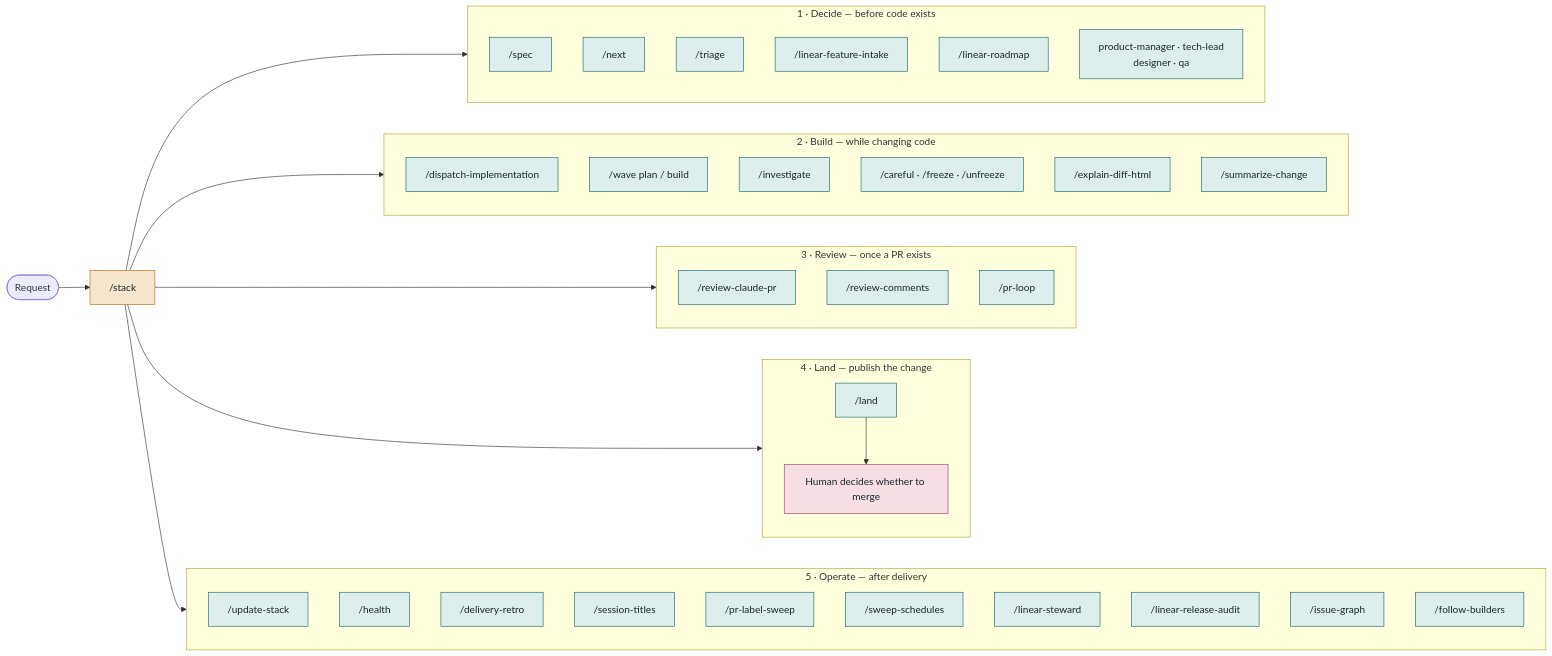
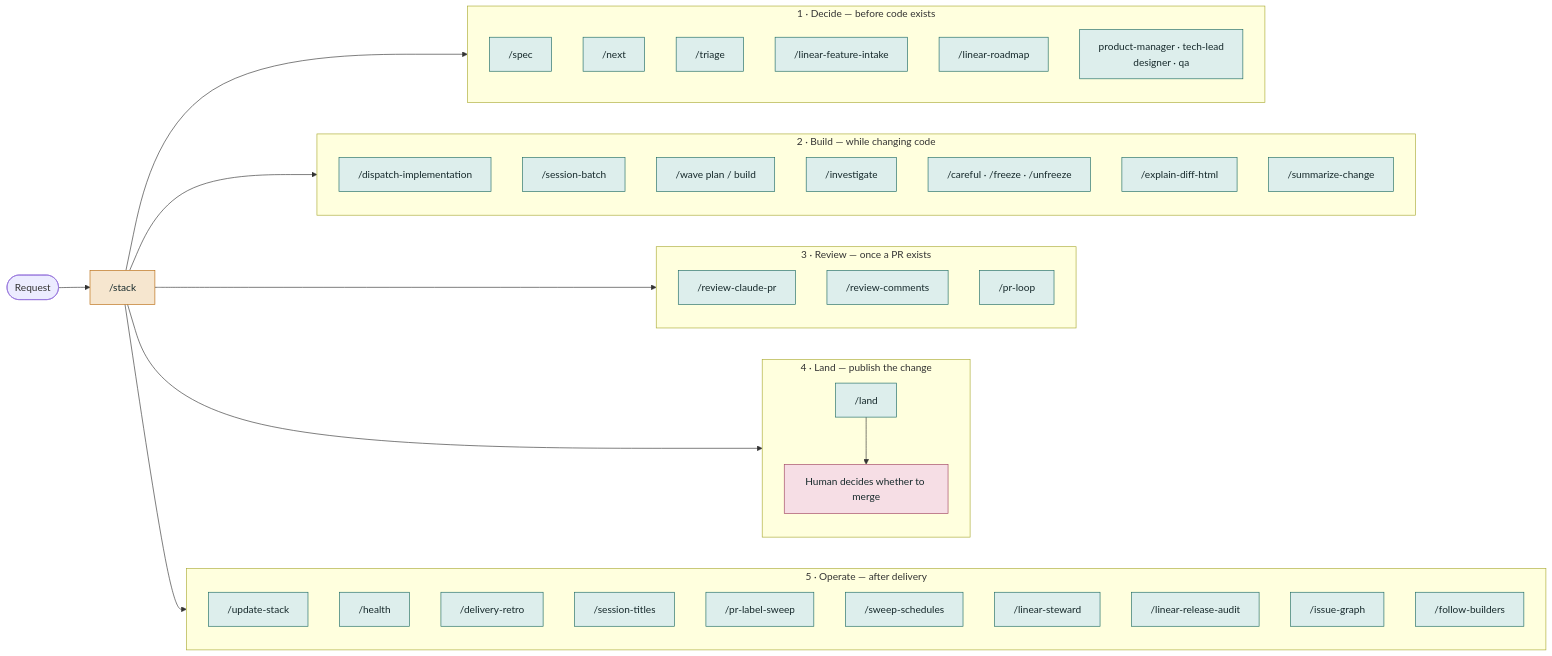
Before and after one commit to khalilouardini/kstack: the second of 5 diagrams in docs/skill-map.md, drawn with Mermaid. The commit also changed other lines of this file and 26 other files, not shown here.

First line of the commit message:
feat: prepare supervised ticket batches and live graph admission

````diff
--- a/docs/skill-map.md
+++ b/docs/skill-map.md
@@ -40,64 +40,65 @@
 ```mermaid
 flowchart LR
     request([Request]) --> router["/stack"]
     router --> decide
     router --> build
     router --> review
     router --> land
     router --> operate
 
     subgraph decide["1 · Decide — before code exists"]
       direction TB
       spec["/spec"]
       next["/next"]
       triage["/triage"]
       intake["/linear-feature-intake"]
       roadmap["/linear-roadmap"]
       roles["product-manager · tech-lead<br/>designer · qa"]
     end
 
     subgraph build["2 · Build — while changing code"]
       direction TB
       dispatch["/dispatch-implementation"]
+      sessionBatch["/session-batch"]
       wave["/wave plan / build"]
       investigate["/investigate"]
       controls["/careful · /freeze · /unfreeze"]
       explain["/explain-diff-html"]
       summarize["/summarize-change"]
     end
 
     subgraph review["3 · Review — once a PR exists"]
       direction TB
       produce["/review-claude-pr"]
       respond["/review-comments"]
       loop["/pr-loop"]
     end
 
     subgraph land["4 · Land — publish the change"]
       direction TB
       landSkill["/land"]
       human["Human decides whether to merge"]
       landSkill --> human
     end
 
     subgraph operate["5 · Operate — after delivery"]
       direction TB
       updateStack["/update-stack"]
       health["/health"]
       retro["/delivery-retro"]
       titles["/session-titles"]
       labels["/pr-label-sweep"]
       schedules["/sweep-schedules"]
       steward["/linear-steward"]
       audit["/linear-release-audit"]
       issueGraph["/issue-graph"]
       digest["/follow-builders"]
     end
 
     classDef route fill:#f6e6cf,stroke:#b8690c,color:#16292b
     classDef phase fill:#ddeeec,stroke:#1d6a63,color:#16292b
     classDef stopStyle fill:#f6dee5,stroke:#a04360,color:#16292b
     class router route
-    class spec,next,triage,intake,roadmap,roles,dispatch,wave,investigate,controls,explain,summarize,produce,respond,loop,landSkill,updateStack,health,retro,titles,labels,schedules,steward,audit,issueGraph,digest phase
+    class spec,next,triage,intake,roadmap,roles,dispatch,sessionBatch,wave,investigate,controls,explain,summarize,produce,respond,loop,landSkill,updateStack,health,retro,titles,labels,schedules,steward,audit,issueGraph,digest phase
     class human stopStyle
 ```
````
